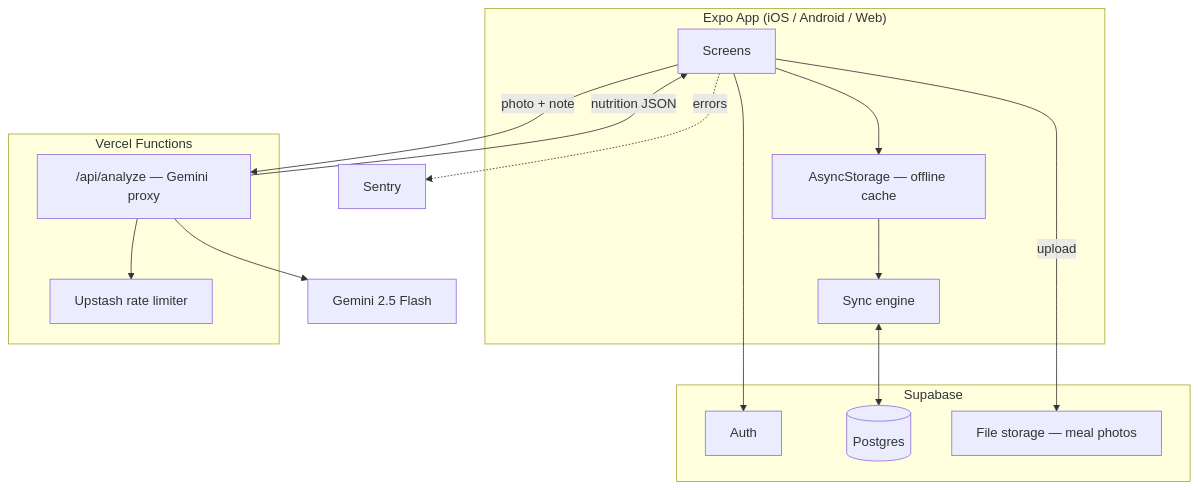
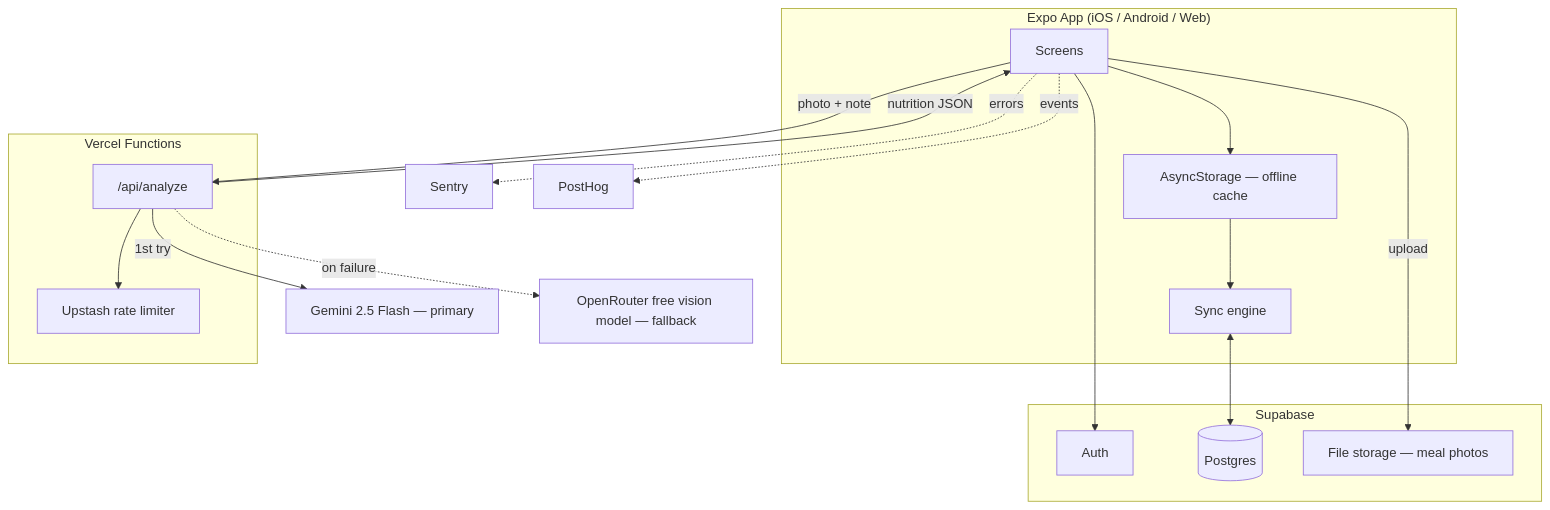
Before and after one commit to charizard00001/calsnap: the diagram in docs/plans/production-plan.md, drawn with Mermaid. The commit also changed other lines of this file, not shown here.

First line of the commit message:
Update production plan: CLI-driven ops, AI fallback, crazy design spec

````diff
--- a/docs/plans/production-plan.md
+++ b/docs/plans/production-plan.md
@@ -30,33 +44,37 @@
 ```mermaid
 flowchart TD
     subgraph Client["Expo App (iOS / Android / Web)"]
         UI[Screens]
         Cache[AsyncStorage — offline cache]
         Sync[Sync engine]
     end
 
     subgraph Vercel["Vercel Functions"]
-        Proxy["/api/analyze — Gemini proxy"]
+        Proxy["/api/analyze"]
         RL[Upstash rate limiter]
     end
 
     subgraph Supabase["Supabase"]
         Auth[Auth]
         DB[(Postgres)]
         Storage[File storage — meal photos]
     end
 
-    Gemini[Gemini 2.5 Flash]
+    Gemini[Gemini 2.5 Flash — primary]
+    OR[OpenRouter free vision model — fallback]
     Sentry[Sentry]
+    PostHog[PostHog]
 
     UI --> Cache
     Cache --> Sync
     Sync <--> DB
     UI --> Auth
     UI -->|photo + note| Proxy
     Proxy --> RL
-    Proxy --> Gemini
+    Proxy -->|1st try| Gemini
+    Proxy -.on failure.-> OR
     Proxy -->|nutrition JSON| UI
     UI -->|upload| Storage
     UI -.errors.-> Sentry
+    UI -.events.-> PostHog
 ```
````
